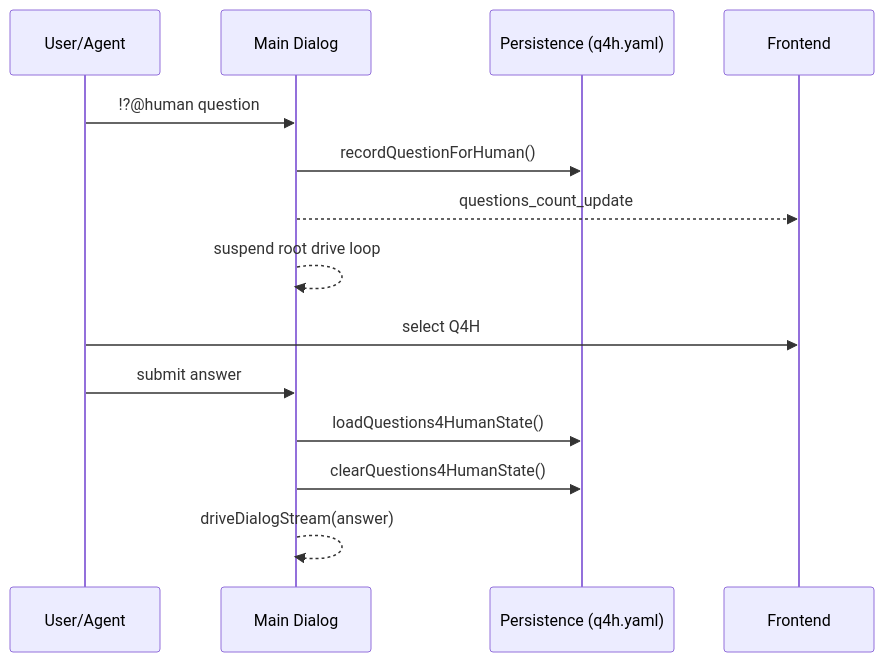
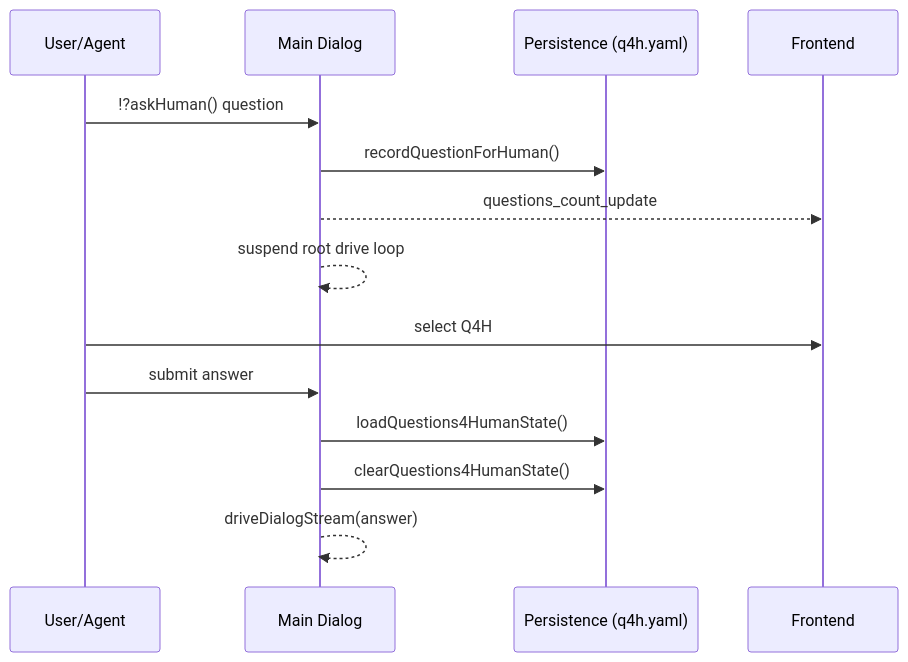
Diagram 16 of 18 in docs/dialog-system.md (longrun-ai/dominds), drawn with Mermaid before and after one commit. The commit also changed other lines of this file and 21 other files, not shown here.

````diff
--- a/docs/dialog-system.md
+++ b/docs/dialog-system.md
@@ -1201,18 +1201,18 @@
 ```mermaid
 sequenceDiagram
   participant User as User/Agent
   participant Main as Main Dialog
   participant Store as Persistence (q4h.yaml)
   participant UI as Frontend
 
-  User->>Main: !?@human question
+  User->>Main: !?askHuman() question
   Main->>Store: recordQuestionForHuman()
   Main-->>UI: questions_count_update
   Main-->>Main: suspend root drive loop
 
   User->>UI: select Q4H
   User->>Main: submit answer
   Main->>Store: loadQuestions4HumanState()
   Main->>Store: clearQuestions4HumanState()
   Main-->>Main: driveDialogStream(answer)
 ```
````
